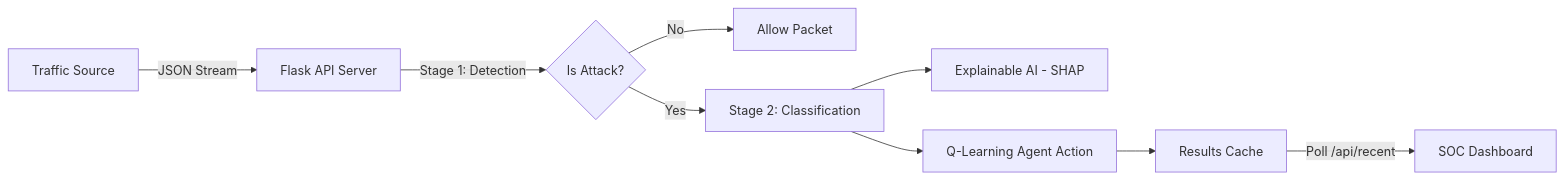
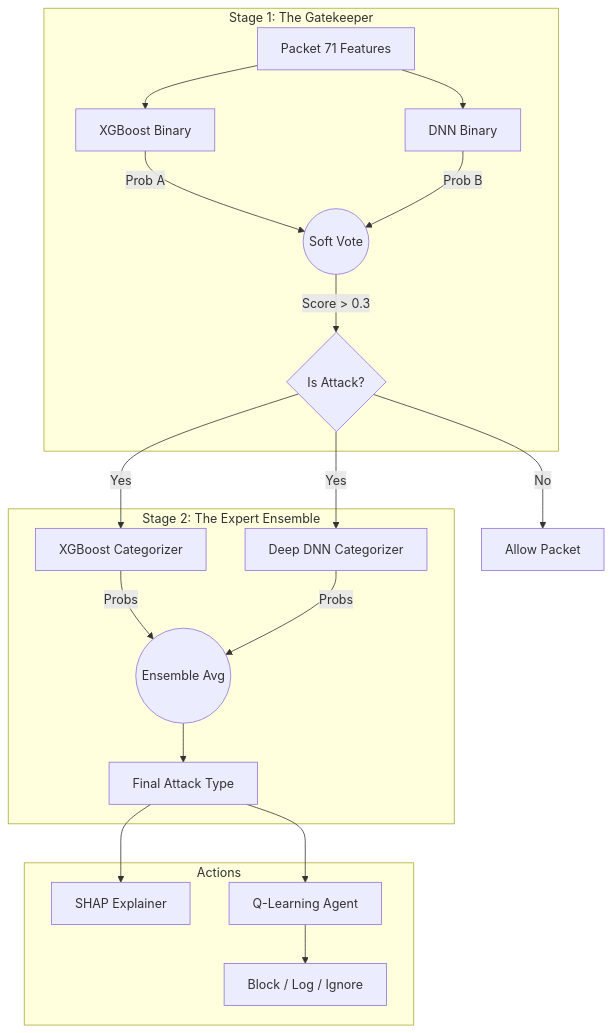
The diagram in README.md (Deez-Automations/ARSS), drawn with Mermaid before and after one commit.

Commit message:
docs: Add detailed architectural diagram for Two-Stage Ensemble

````diff
--- a/README.md
+++ b/README.md
@@ -32,11 +32,26 @@
 ```mermaid
-graph LR
-    A[Traffic Source] -- JSON Stream --> B[Flask API Server]
-    B -- Stage 1: Detection --> C{Is Attack?}
-    C -- No --> D[Allow Packet]
-    C -- Yes --> E[Stage 2: Classification]
-    E --> F[Explainable AI - SHAP]
-    E --> G[Q-Learning Agent Action]
-    G --> H[Results Cache]
-    H -- Poll /api/recent --> I[SOC Dashboard]
+graph TD
+    subgraph S1 [Stage 1: The Gatekeeper]
+        Input[Packet 71 Features] --> XGB1[XGBoost Binary]
+        Input --> DNN1[DNN Binary]
+        XGB1 -- Prob A --> Vote1((Soft Vote))
+        DNN1 -- Prob B --> Vote1
+        Vote1 -- Score > 0.3 --> IsAttack{Is Attack?}
+    end
+
+    subgraph S2 [Stage 2: The Expert Ensemble]
+        IsAttack -- Yes --> XGB2[XGBoost Categorizer]
+        IsAttack -- Yes --> DNN2[Deep DNN Categorizer]
+        XGB2 -- Probs --> Vote2((Ensemble Avg))
+        DNN2 -- Probs --> Vote2
+        Vote2 --> Result[Final Attack Type]
+    end
+
+    subgraph Actions
+        Result --> Explain[SHAP Explainer]
+        Result --> Agent[Q-Learning Agent]
+        Agent --> Action[Block / Log / Ignore]
+    end
+
+    IsAttack -- No --> Benign[Allow Packet]
 ```
````
